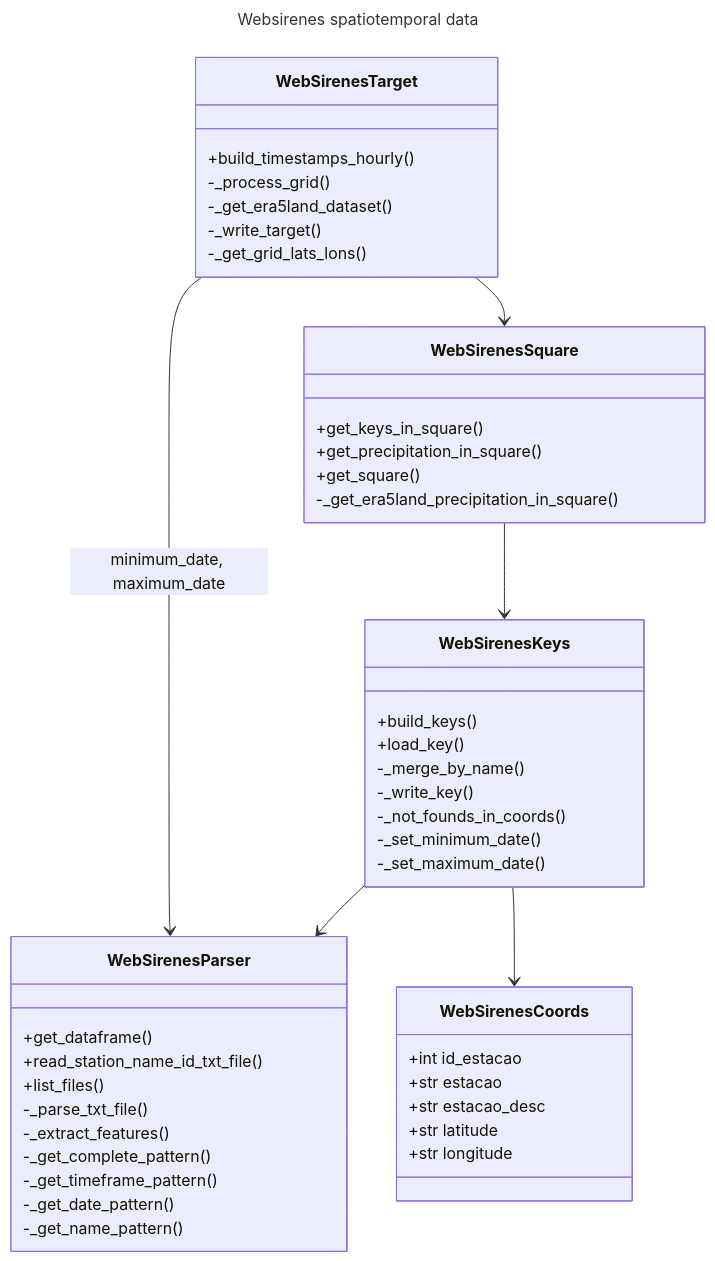
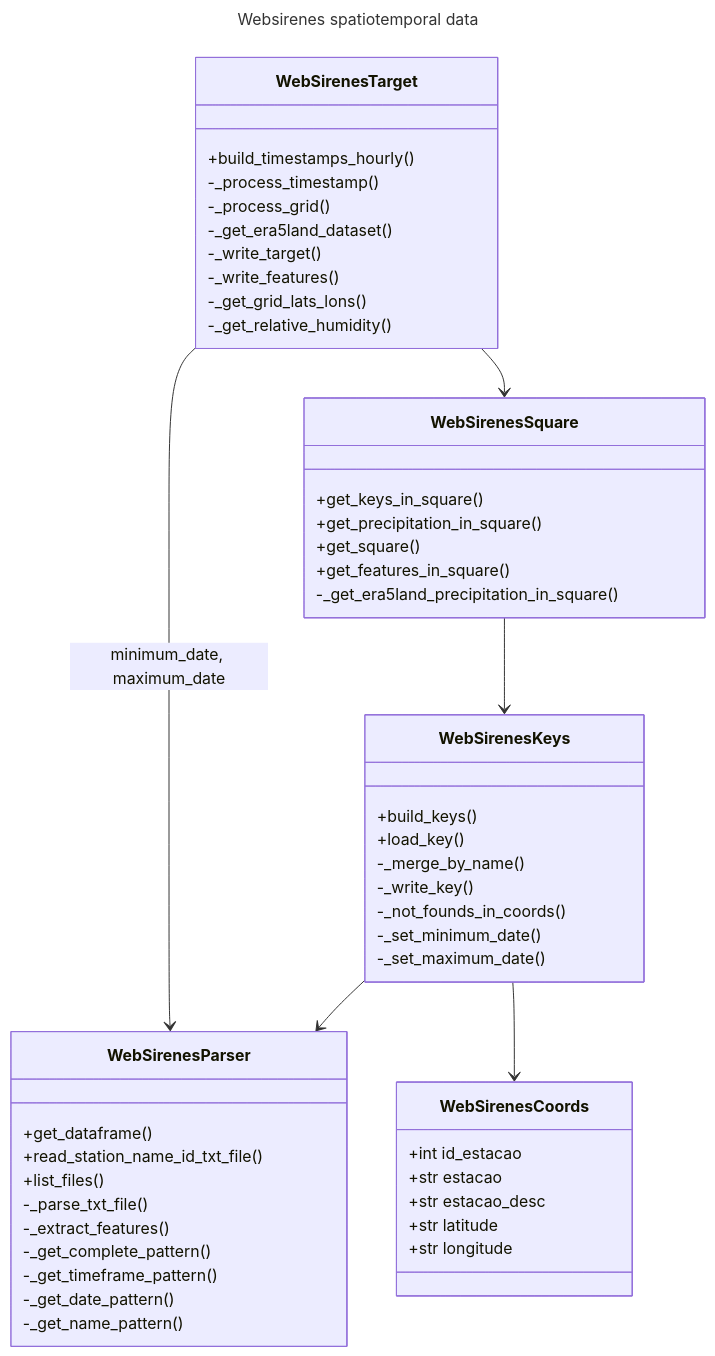
Before and after one commit to NietoCurcio/atmoseer: the diagram in src/spatiotemporal_builder/README.md, drawn with Mermaid. The commit also changed other lines of this file and 3 other files, not shown here.

````diff
--- a/src/spatiotemporal_builder/README.md
+++ b/src/spatiotemporal_builder/README.md
@@ -31,59 +29,63 @@
 ```mermaid
 ---
 title: Websirenes spatiotemporal data
 ---
 classDiagram
     class WebSirenesParser {
         +get_dataframe()
         +read_station_name_id_txt_file()
         +list_files()
         -_parse_txt_file()
         -_extract_features()
         -_get_complete_pattern()
         -_get_timeframe_pattern()
         -_get_date_pattern()
         -_get_name_pattern()
     }
 
     class WebSirenesCoords {
         +int id_estacao
         +str estacao
         +str estacao_desc
         +str latitude
         +str longitude
     }
 
     class WebSirenesKeys {
         +build_keys()
         +load_key()
         -_merge_by_name()
         -_write_key()
         -_not_founds_in_coords()
         -_set_minimum_date()
         -_set_maximum_date()
 
     }
 
     class WebSirenesSquare {
         +get_keys_in_square()
         +get_precipitation_in_square()
         +get_square()
+        +get_features_in_square()
         -_get_era5land_precipitation_in_square()
     }
 
     class WebSirenesTarget {
         +build_timestamps_hourly()
+        -_process_timestamp()
         -_process_grid()
         -_get_era5land_dataset()
         -_write_target()
+        -_write_features()
         -_get_grid_lats_lons()
+        -_get_relative_humidity()
     }
 
     WebSirenesKeys --> WebSirenesParser
     WebSirenesKeys --> WebSirenesCoords
 
     WebSirenesSquare --> WebSirenesKeys
 
     WebSirenesTarget --> WebSirenesParser: minimum_date, maximum_date
     WebSirenesTarget --> WebSirenesSquare
 ```
````
